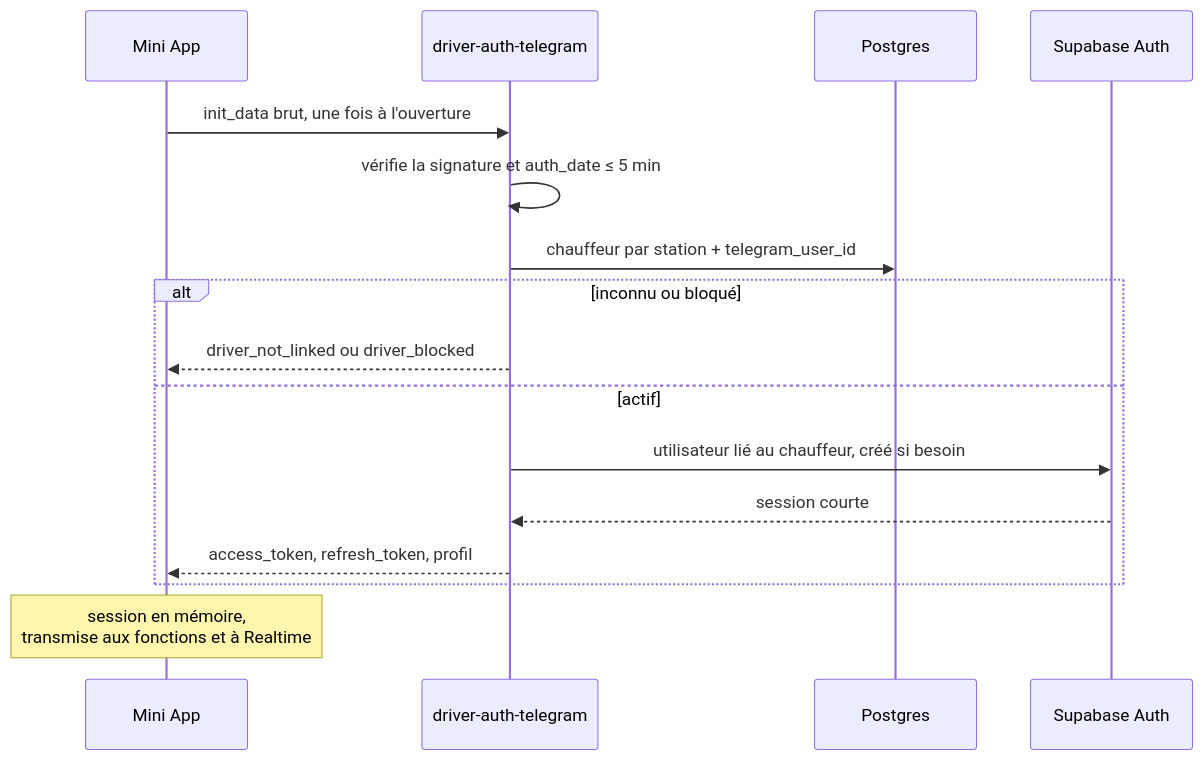
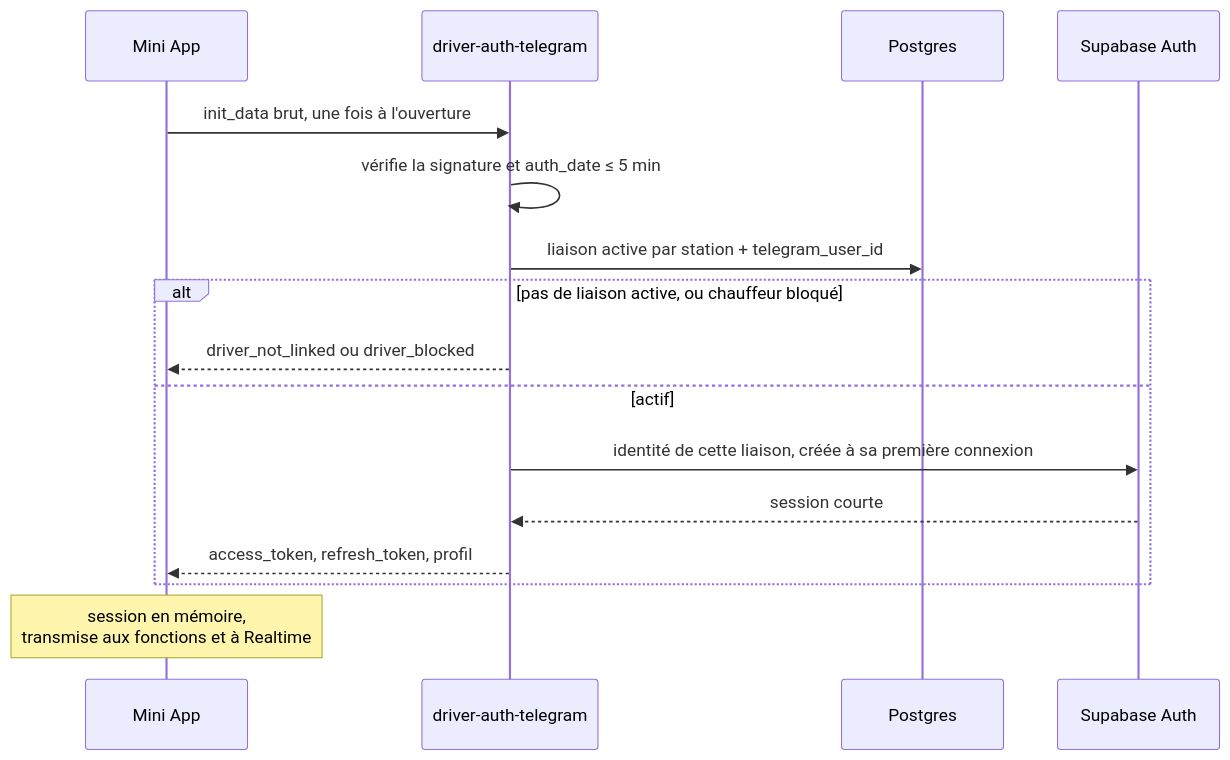
One commit to oren1996/driverss changed the fifth of 6 diagrams in docs/ARCHITECTURE.md. Above: the diagram before and after it, drawn with Mermaid. The commit also changed other lines of this file and 9 other files, not shown here.

````diff
--- a/docs/ARCHITECTURE.md
+++ b/docs/ARCHITECTURE.md
@@ -195,19 +236,19 @@
 ```mermaid
 sequenceDiagram
     participant M as Mini App
     participant A as driver-auth-telegram
     participant DB as Postgres
     participant SA as Supabase Auth
 
     M->>A: init_data brut, une fois à l'ouverture
     A->>A: vérifie la signature et auth_date ≤ 5 min
-    A->>DB: chauffeur par station + telegram_user_id
-    alt inconnu ou bloqué
+    A->>DB: liaison active par station + telegram_user_id
+    alt pas de liaison active, ou chauffeur bloqué
         A-->>M: driver_not_linked ou driver_blocked
     else actif
-        A->>SA: utilisateur lié au chauffeur, créé si besoin
+        A->>SA: identité de cette liaison, créée à sa première connexion
         SA-->>A: session courte
         A-->>M: access_token, refresh_token, profil
     end
     Note over M: session en mémoire,<br/>transmise aux fonctions et à Realtime
 ```
````
